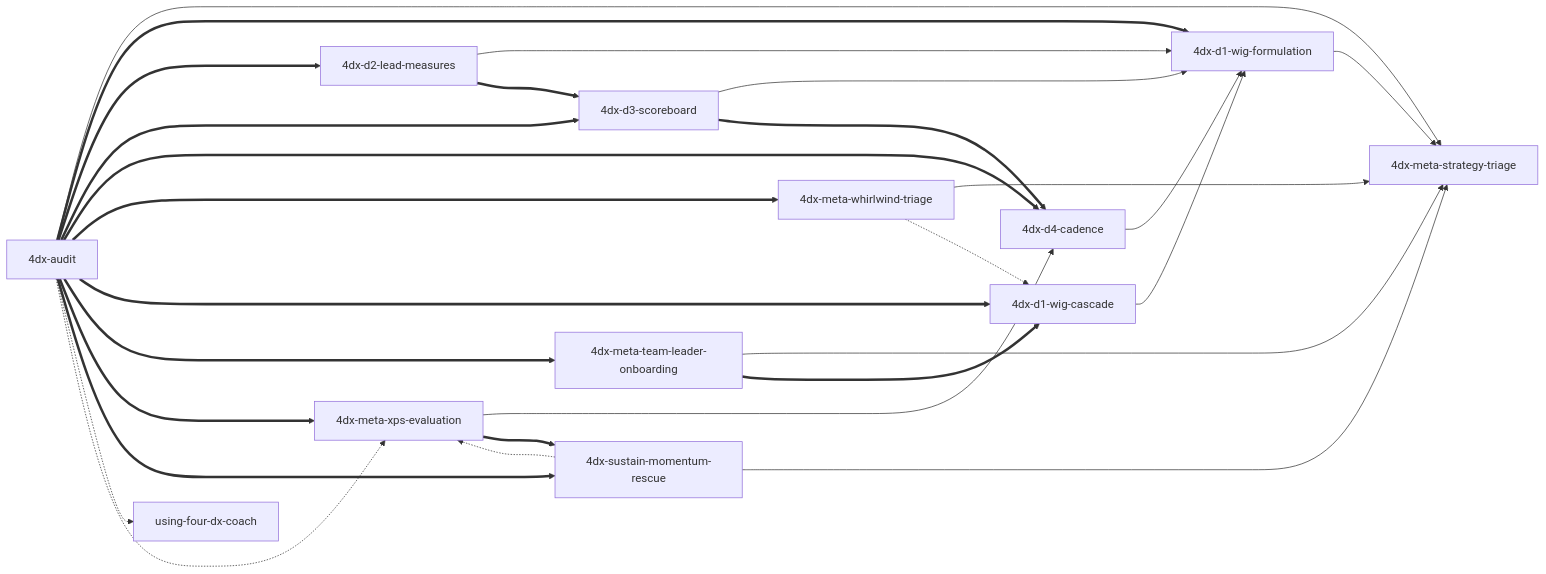
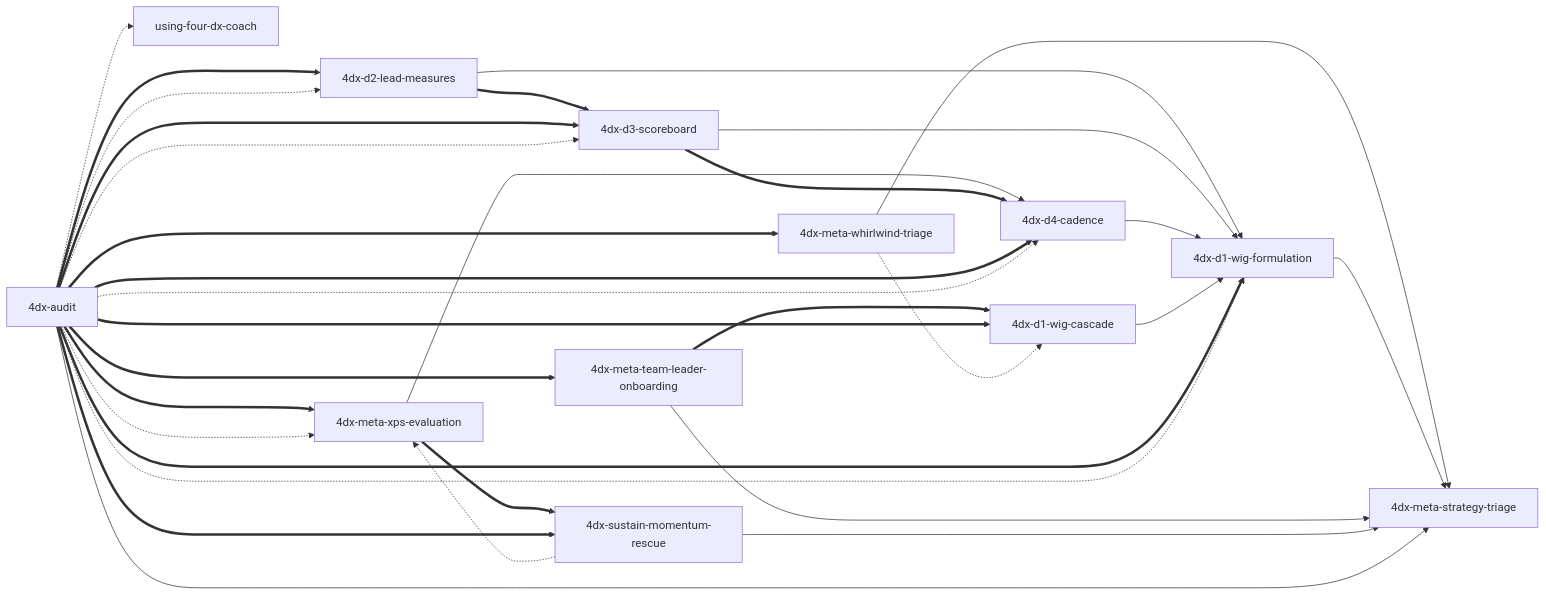
The diagram in four-dx-coach/INDEX.md (kouko/monkey-skills), drawn with Mermaid before and after one commit. The commit also changed other lines of this file and 43 other files, not shown here.

````diff
--- a/four-dx-coach/INDEX.md
+++ b/four-dx-coach/INDEX.md
@@ -54,57 +54,65 @@
 ```mermaid
 graph LR
-    %% Coach-mode plugin router
+    %% Plugin router
     pr[using-four-dx-coach]
 
-    %% Consultant-mode entry point
+    %% Cross-layer aggregator
     audit[4dx-audit]
 
-    %% Multi-file scope-flex skills
+    %% Multi-file scope-flex topic skills (dual-mode internal)
     meta[4dx-meta-strategy-triage]
     d1wig[4dx-d1-wig-formulation]
     d2[4dx-d2-lead-measures]
     d3[4dx-d3-scoreboard]
     d4[4dx-d4-cadence]
 
-    %% Single-file scope-specific skills
+    %% Single-file scope-specific topic skills (dual-mode where applicable)
     wt[4dx-meta-whirlwind-triage]
     cascade[4dx-d1-wig-cascade]
     onboard[4dx-meta-team-leader-onboarding]
     xps[4dx-meta-xps-evaluation]
     rescue[4dx-sustain-momentum-rescue]
 
     %% Router dispatches everywhere (omitted for legibility — pr defers to all)
 
     %% Depends-on (solid)
     wt --> meta
     d1wig --> meta
     d2 --> d1wig
     d3 --> d1wig
     d4 --> d1wig
     cascade --> d1wig
     onboard --> meta
     xps --> d4
     rescue --> meta
     audit --> meta
 
     %% Composes-with (thick) — typically used together
     d2 ===> d3
     d3 ===> d4
     onboard ===> cascade
     xps ===> rescue
+
+    %% v0.8.0: 4dx-audit (cross-layer) routes to topic-skill audit-mode for layer-specific deep-dive
     audit ===> d1wig
     audit ===> d2
     audit ===> d3
     audit ===> d4
     audit ===> wt
     audit ===> cascade
     audit ===> onboard
     audit ===> xps
     audit ===> rescue
 
-    %% Contrasts-with (dotted) — same domain, alternative scope/phase
+    %% Contrasts-with (dotted) — same domain, alternative scope/phase or alternative mode
     rescue -.-> xps
     wt -.-> cascade
     audit -.-> pr
+
+    %% v0.8.0 dual-mode contrast: aggregator vs single-layer audit-mode
+    audit -.-> d1wig
+    audit -.-> d2
+    audit -.-> d3
+    audit -.-> d4
     audit -.-> xps
 ```
````
